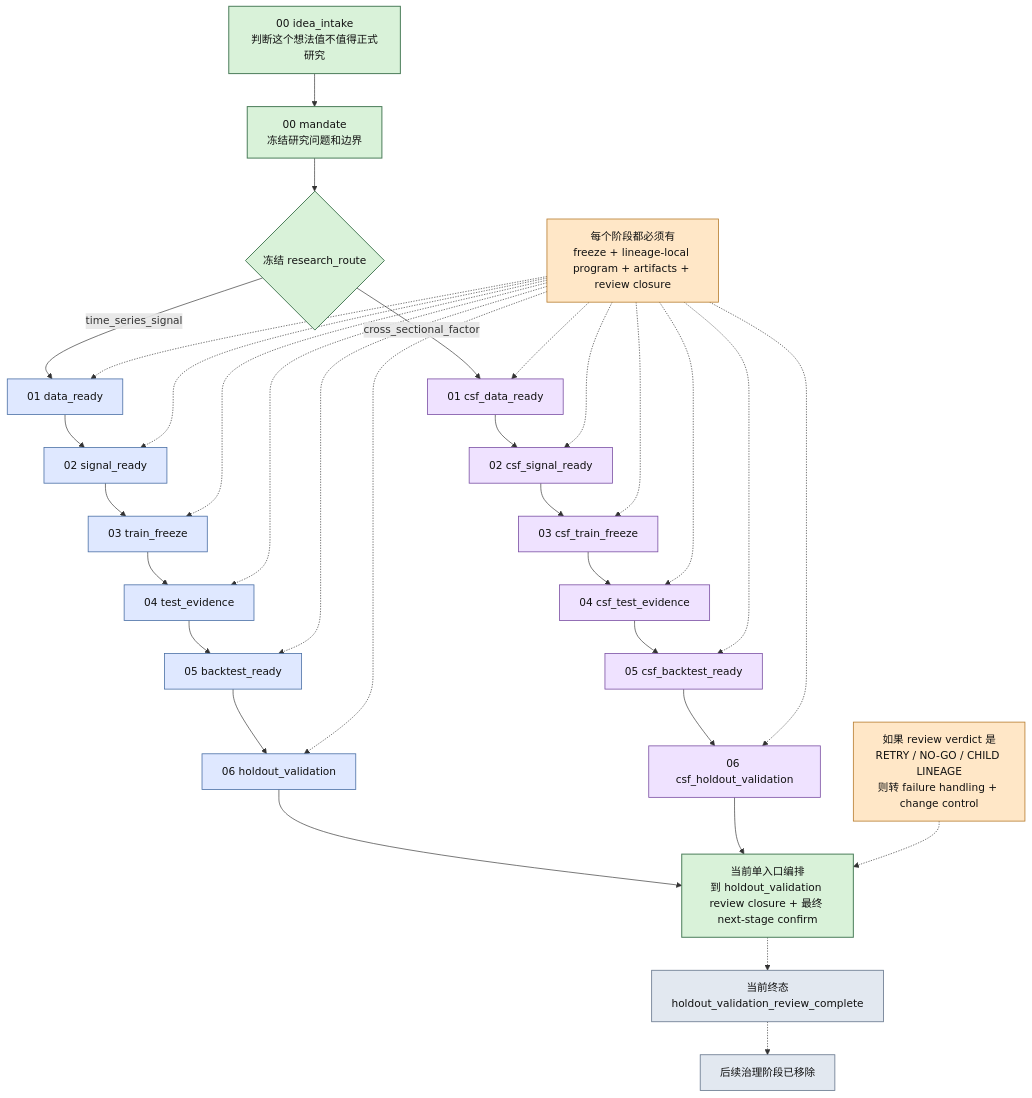
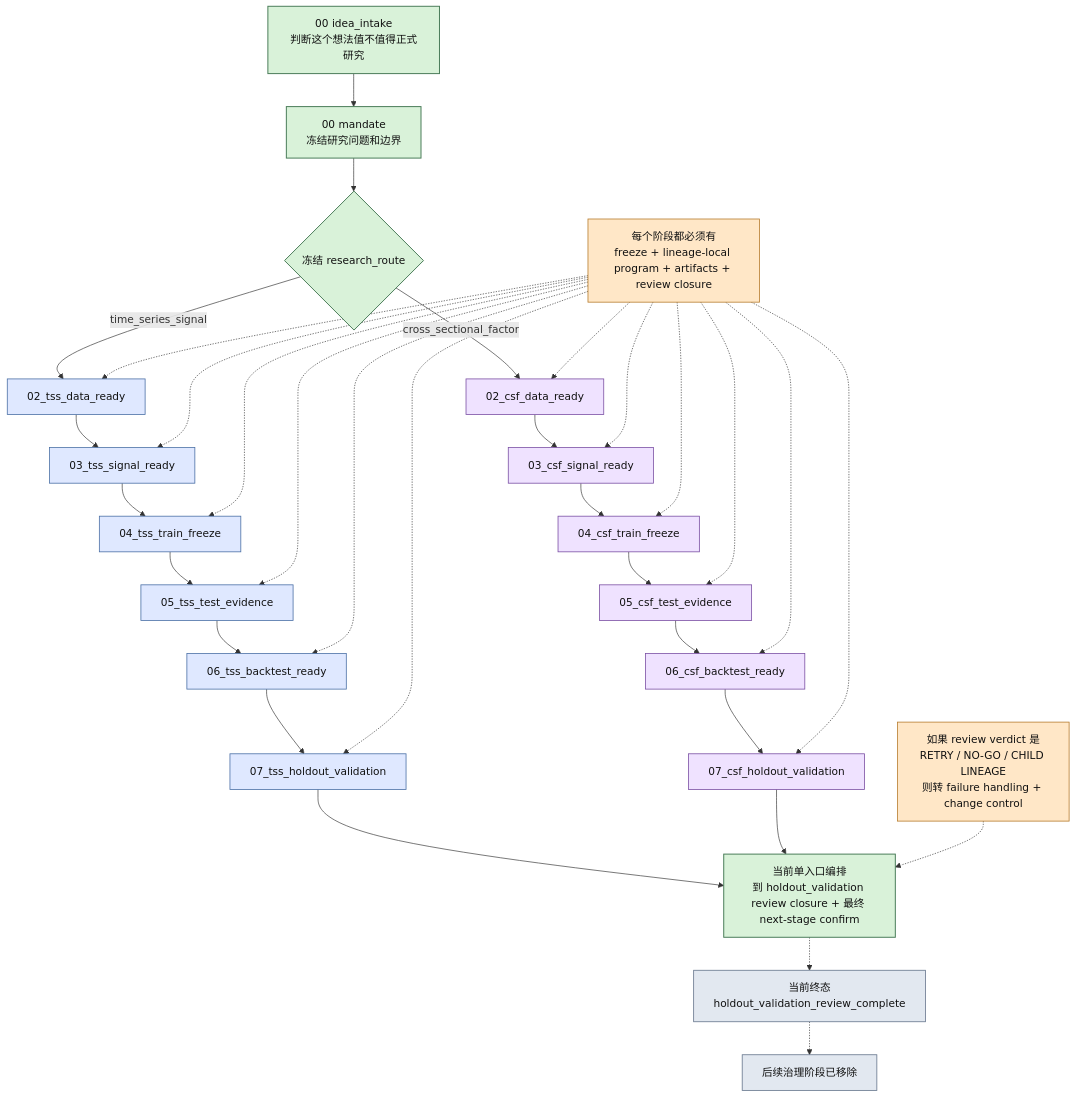
The second of 2 diagrams in docs/visuals/README.md (web3qt/quant-research-os), drawn with Mermaid before and after one commit. The commit also changed other lines of this file and 152 other files, not shown here.

````diff
--- a/docs/visuals/README.md
+++ b/docs/visuals/README.md
@@ -78,51 +78,51 @@
 ```mermaid
 flowchart TB
     A["00 idea_intake<br/>判断这个想法值不值得正式研究"] --> B["00 mandate<br/>冻结研究问题和边界"]
     B --> C{"冻结 research_route"}
 
-    C -->|time_series_signal| D["01 data_ready"]
-    D --> E["02 signal_ready"]
-    E --> F["03 train_freeze"]
-    F --> G["04 test_evidence"]
-    G --> H["05 backtest_ready"]
-    H --> I["06 holdout_validation"]
+    C -->|time_series_signal| D["02_tss_data_ready"]
+    D --> E["03_tss_signal_ready"]
+    E --> F["04_tss_train_freeze"]
+    F --> G["05_tss_test_evidence"]
+    G --> H["06_tss_backtest_ready"]
+    H --> I["07_tss_holdout_validation"]
 
-    C -->|cross_sectional_factor| J["01 csf_data_ready"]
-    J --> K["02 csf_signal_ready"]
-    K --> L["03 csf_train_freeze"]
-    L --> M["04 csf_test_evidence"]
-    M --> N["05 csf_backtest_ready"]
-    N --> O["06 csf_holdout_validation"]
+    C -->|cross_sectional_factor| J["02_csf_data_ready"]
+    J --> K["03_csf_signal_ready"]
+    K --> L["04_csf_train_freeze"]
+    L --> M["05_csf_test_evidence"]
+    M --> N["06_csf_backtest_ready"]
+    N --> O["07_csf_holdout_validation"]
 
     I --> P["当前单入口编排<br/>到 holdout_validation review closure + 最终 next-stage confirm"]
     O --> P
     P -.-> Q["当前终态<br/>holdout_validation_review_complete"]
     Q -.-> R["后续治理阶段已移除"]
 
     S["每个阶段都必须有<br/>freeze + lineage-local program + artifacts + review closure"] -.-> D
     S -.-> E
     S -.-> F
     S -.-> G
     S -.-> H
     S -.-> I
     S -.-> J
     S -.-> K
     S -.-> L
     S -.-> M
     S -.-> N
     S -.-> O
 
     T["如果 review verdict 是<br/>RETRY / NO-GO / CHILD LINEAGE<br/>则转 failure handling + change control"] -.-> P
 
     classDef main fill:#d9f2d9,stroke:#4a7c59,stroke-width:1.5px,color:#111;
     classDef ts fill:#dfe8ff,stroke:#4a6fa5,stroke-width:1.2px,color:#111;
     classDef csf fill:#efe2ff,stroke:#7a4fa3,stroke-width:1.2px,color:#111;
     classDef gov fill:#ffe7c7,stroke:#b67b2d,stroke-width:1.2px,color:#111;
     classDef future fill:#e2e8f0,stroke:#64748b,stroke-width:1.2px,color:#111;
 
     class A,B,C,P main;
     class D,E,F,G,H,I ts;
     class J,K,L,M,N,O csf;
     class S,T gov;
     class Q,R future;
 ```
````
